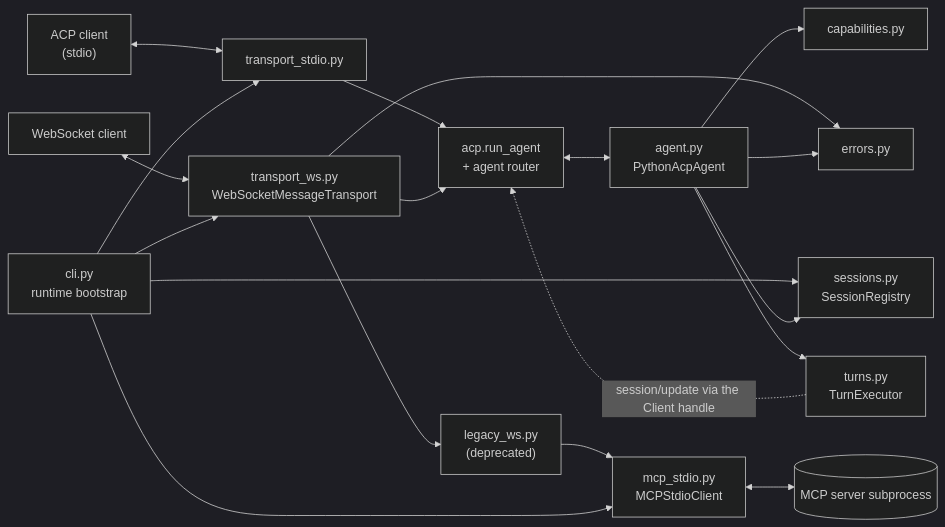
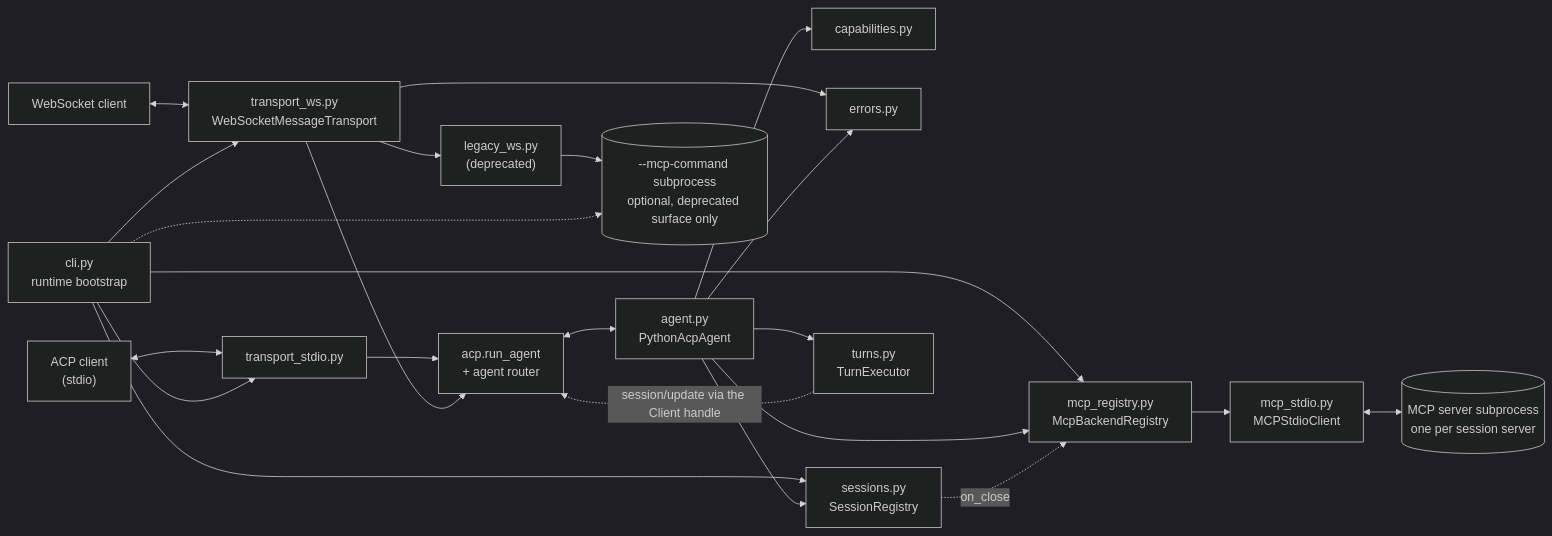
Before and after one commit to Digital-Dimentia/python-acp: the first of 4 diagrams in ARCHITECTURE.md, drawn with Mermaid (dark theme). The commit also changed other lines of this file and 17 other files, not shown here.

````diff
--- a/ARCHITECTURE.md
+++ b/ARCHITECTURE.md
@@ -21,36 +22,42 @@
 ```mermaid
 flowchart LR
     Editor["ACP client<br/>(stdio)"]
     WsClient["WebSocket client"]
     CLI["cli.py<br/>runtime bootstrap"]
     TStdio["transport_stdio.py"]
     TWs["transport_ws.py<br/>WebSocketMessageTransport"]
     Legacy["legacy_ws.py<br/>(deprecated)"]
     SDK["acp.run_agent<br/>+ agent router"]
     Agent["agent.py<br/>PythonAcpAgent"]
     Caps["capabilities.py"]
     Errors["errors.py"]
     Sessions["sessions.py<br/>SessionRegistry"]
     Turns["turns.py<br/>TurnExecutor"]
+    Backends["mcp_registry.py<br/>McpBackendRegistry"]
     MCPClient["mcp_stdio.py<br/>MCPStdioClient"]
-    MCPProc[("MCP server subprocess")]
+    MCPProc[("MCP server subprocess<br/>one per session server")]
+    StartupProc[("--mcp-command subprocess<br/>optional, deprecated surface only")]
 
     Editor <--> TStdio
     WsClient <--> TWs
     CLI --> TStdio
     CLI --> TWs
     CLI --> Sessions
+    CLI --> Backends
     TStdio --> SDK
     TWs --> SDK
     TWs --> Legacy
     TWs --> Errors
     SDK <--> Agent
     Agent --> Caps
     Agent --> Errors
     Agent --> Sessions
     Agent --> Turns
+    Agent --> Backends
+    Sessions -. "on_close" .-> Backends
     Turns -. "session/update via the Client handle" .-> SDK
-    Legacy --> MCPClient
-    CLI --> MCPClient
+    Backends --> MCPClient
     MCPClient <--> MCPProc
+    Legacy --> StartupProc
+    CLI -.-> StartupProc
 ```
````
